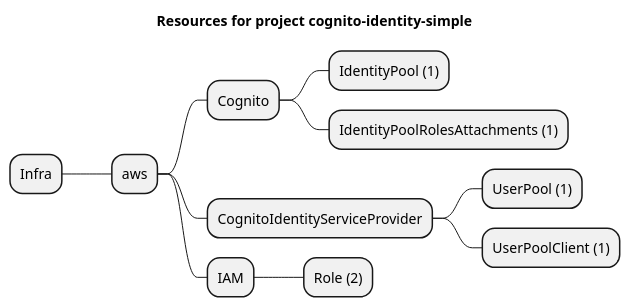
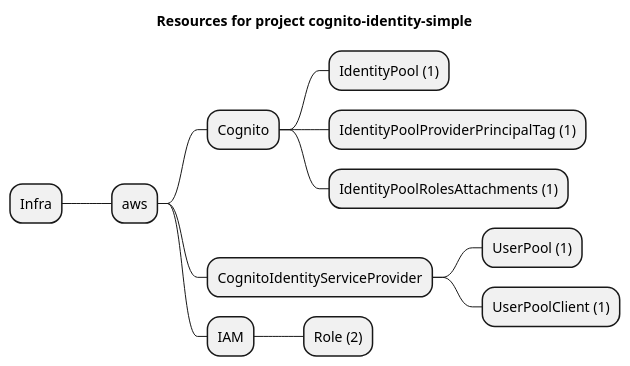
One commit to grucloud/grucloud changed the diagram in examples/aws/CognitoIdentity/cognito-identity-simple/artifacts/resources-mindmap.puml. Above: the diagram before and after it, drawn with PlantUML. The commit also changed 7 other files, not shown here.

```diff
--- a/examples/aws/CognitoIdentity/cognito-identity-simple/artifacts/resources-mindmap.puml
+++ b/examples/aws/CognitoIdentity/cognito-identity-simple/artifacts/resources-mindmap.puml
@@ -1,14 +1,15 @@
 @startmindmap
 title Resources for project cognito-identity-simple
 skinparam monochrome true
 + Infra
 ++ aws
 +++ Cognito
 ++++ IdentityPool (1)
+++++ IdentityPoolProviderPrincipalTag (1)
 ++++ IdentityPoolRolesAttachments (1)
 +++ CognitoIdentityServiceProvider
 ++++ UserPool (1)
 ++++ UserPoolClient (1)
 +++ IAM
 ++++ Role (2)
 @endmindmap
```
